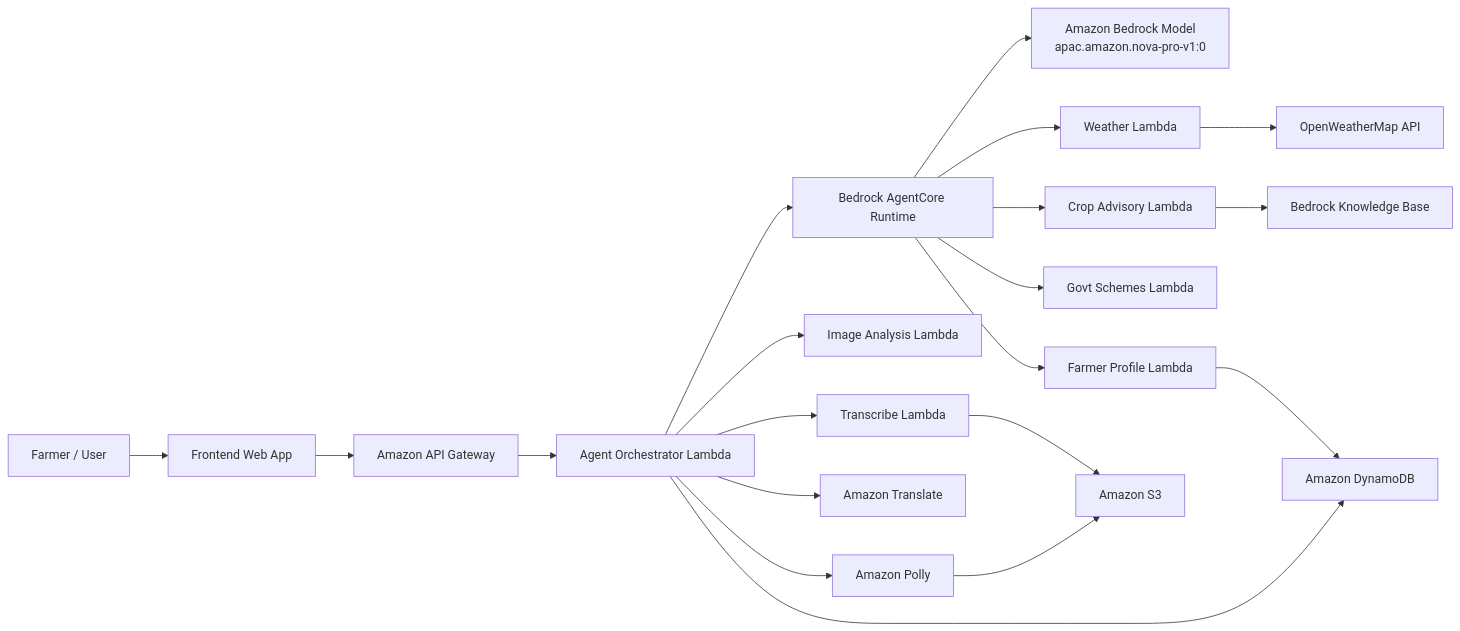
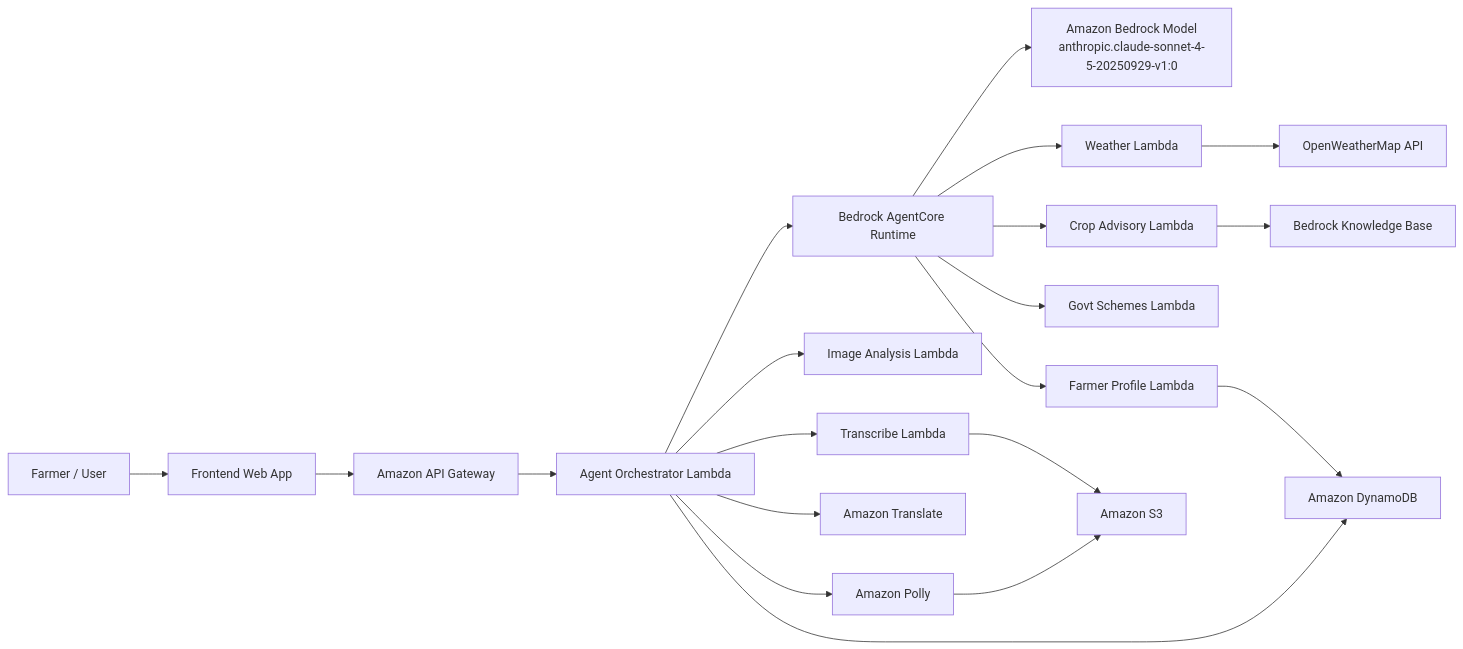
The first of 9 diagrams in docs/COMPLETE_SYSTEM_GUIDE.md (Manoj-777/smart-rural-ai-advisor), drawn with Mermaid before and after one commit. The commit also changed other lines of this file and 32 other files, not shown here.

First line of the commit message:
feat: gTTS integration, STT multi-language support, model standardization to Claude Sonnet 4.5

````diff
--- a/docs/COMPLETE_SYSTEM_GUIDE.md
+++ b/docs/COMPLETE_SYSTEM_GUIDE.md
@@ -76,49 +77,49 @@
 ```mermaid
 flowchart LR
   Farmer[Farmer / User]
   Frontend[Frontend Web App]
   APIGW[Amazon API Gateway]
   Orch[Agent Orchestrator Lambda]
 
   AgentCore[Bedrock AgentCore Runtime]
-  Bedrock[Amazon Bedrock Model<br/>apac.amazon.nova-pro-v1:0]
+  Bedrock[Amazon Bedrock Model<br/>anthropic.claude-sonnet-4-5-20250929-v1:0]
 
   Weather[Weather Lambda]
   Crop[Crop Advisory Lambda]
   Schemes[Govt Schemes Lambda]
   Profile[Farmer Profile Lambda]
   Image[Image Analysis Lambda]
   Transcribe[Transcribe Lambda]
 
   Translate[Amazon Translate]
   Polly[Amazon Polly]
   S3[Amazon S3]
   Dynamo[Amazon DynamoDB]
   OpenWeather[OpenWeatherMap API]
   KB[Bedrock Knowledge Base]
 
   Farmer --> Frontend
   Frontend --> APIGW
   APIGW --> Orch
 
   Orch --> AgentCore
   AgentCore --> Bedrock
 
   AgentCore --> Weather
   AgentCore --> Crop
   AgentCore --> Schemes
   AgentCore --> Profile
 
   Orch --> Image
   Orch --> Transcribe
 
   Orch --> Translate
   Orch --> Polly
   Orch --> Dynamo
   Polly --> S3
   Transcribe --> S3
 
   Weather --> OpenWeather
   Crop --> KB
   Profile --> Dynamo
 ```
````
